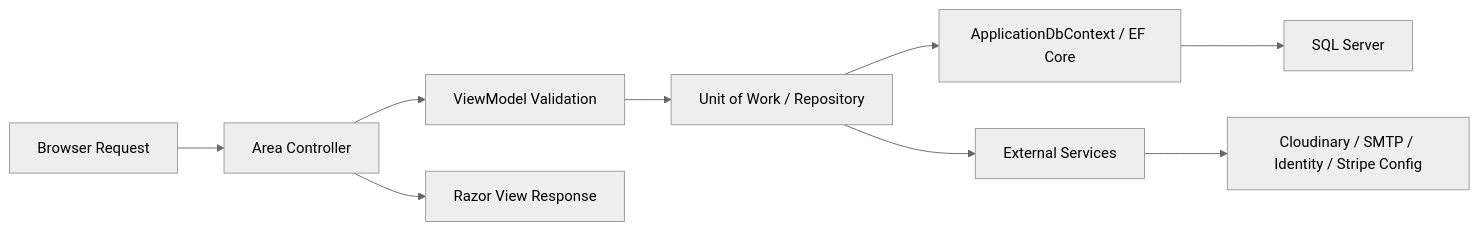
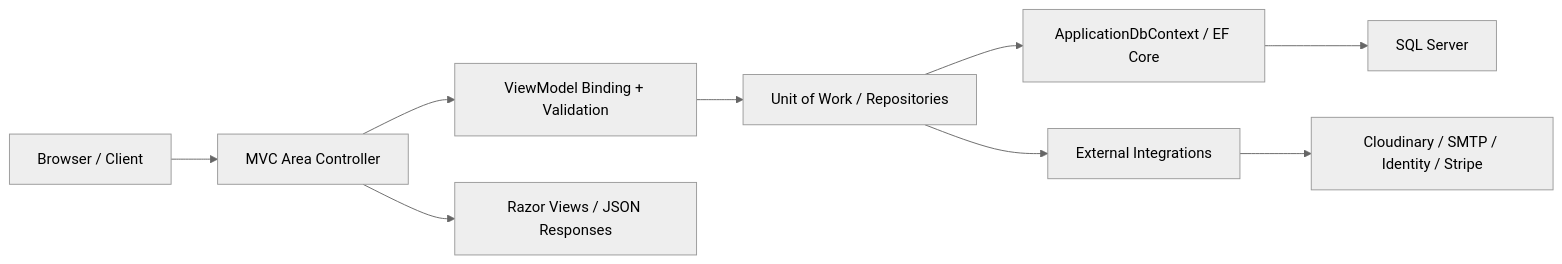
One commit to ziadeslam-git/ECommerce_System changed the diagram in README.md. Above: the diagram before and after it, drawn with Mermaid (neutral theme). The commit also changed other lines of this file and 31 other files, not shown here.

````diff
--- a/README.md
+++ b/README.md
@@ -83,11 +211,11 @@
 ```mermaid
 flowchart LR
-    A["Browser Request"] --> B["Area Controller"]
-    B --> C["ViewModel Validation"]
-    C --> D["Unit of Work / Repository"]
+    A["Browser / Client"] --> B["MVC Area Controller"]
+    B --> C["ViewModel Binding + Validation"]
+    C --> D["Unit of Work / Repositories"]
     D --> E["ApplicationDbContext / EF Core"]
     E --> F["SQL Server"]
-    D --> G["External Services"]
-    G --> H["Cloudinary / SMTP / Identity / Stripe Config"]
-    B --> I["Razor View Response"]
+    D --> G["External Integrations"]
+    G --> H["Cloudinary / SMTP / Identity / Stripe"]
+    B --> I["Razor Views / JSON Responses"]
 ```
````
